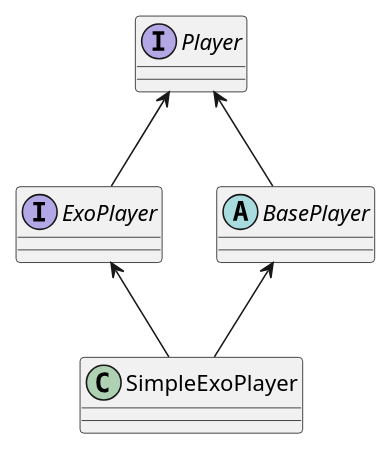
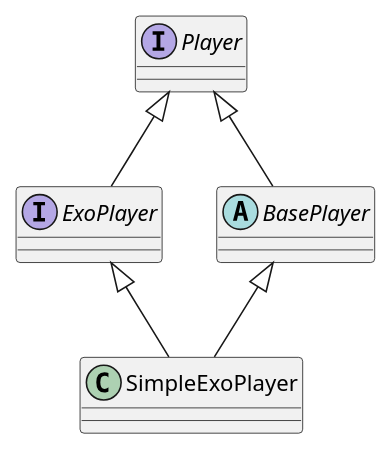
The diagram in uml/player.puml (tdounnyy/exoplayer_note), drawn with PlantUML before and after one commit. The commit also changed 2 other files, not shown here.

```diff
--- a/uml/player.puml
+++ b/uml/player.puml
@@ -2,13 +2,13 @@
 @startuml
 'Player
 interface Player
 interface ExoPlayer
 abstract class BasePlayer
 class SimpleExoPlayer
 
-Player <-- ExoPlayer
-Player <-- BasePlayer
-BasePlayer <-- SimpleExoPlayer
-ExoPlayer <-- SimpleExoPlayer
+Player <|-- ExoPlayer
+Player <|-- BasePlayer
+BasePlayer <|-- SimpleExoPlayer
+ExoPlayer <|-- SimpleExoPlayer
 
 @enduml
```
